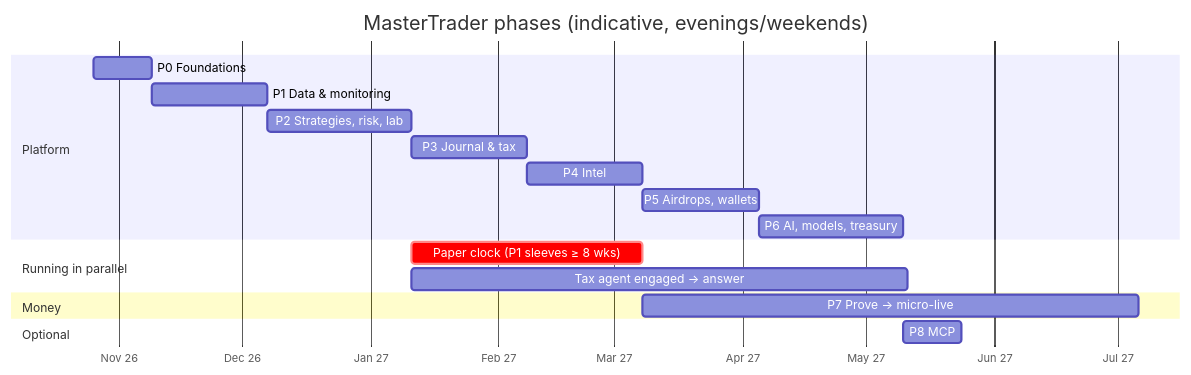
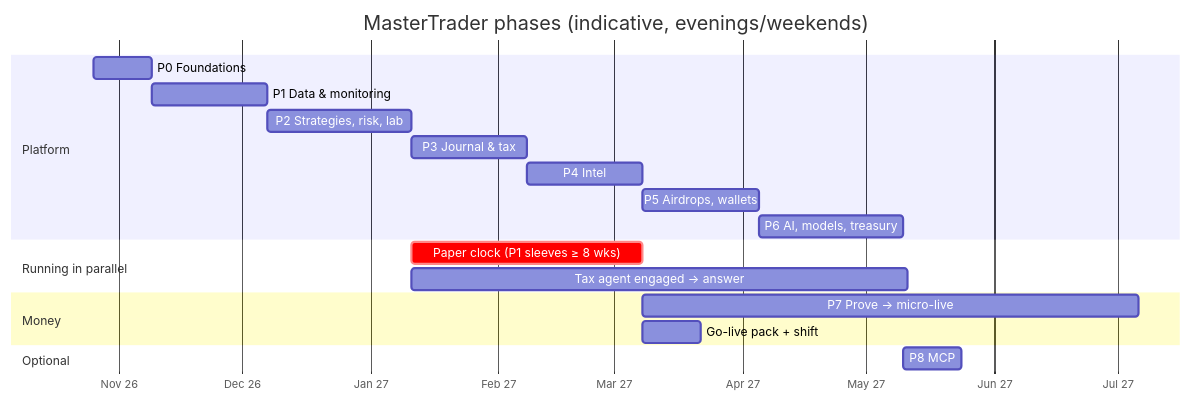
One commit to letterbox1/MasterTrader changed the first of 2 diagrams in docs/roadmap/README.md. Above: the diagram before and after it, drawn with Mermaid. The commit also changed other lines of this file and 7 other files, not shown here.

````diff
--- a/docs/roadmap/README.md
+++ b/docs/roadmap/README.md
@@ -74,21 +76,22 @@
 ```mermaid
 gantt
     title MasterTrader phases (indicative, evenings/weekends)
     dateFormat YYYY-MM-DD
     axisFormat %b %y
     section Platform
     P0 Foundations            :p0, 2026-10-26, 14d
     P1 Data & monitoring      :p1, after p0, 28d
     P2 Strategies, risk, lab  :p2, after p1, 35d
     P3 Journal & tax          :p3, after p2, 28d
     P4 Intel                  :p4, after p3, 28d
     P5 Airdrops, wallets      :p5, after p4, 28d
     P6 AI, models, treasury   :p6, after p5, 35d
     section Running in parallel
     Paper clock (P1 sleeves ≥ 8 wks) :crit, pc, after p2, 56d
     Tax agent engaged → answer        :ta, after p2, 120d
     section Money
     P7 Prove → micro-live     :p7, after p3 pc, 120d
+    Go-live pack + shift      :sh, after p3 pc, 14d
     section Optional
     P8 MCP                    :p8, after p6, 14d
 ```
````
